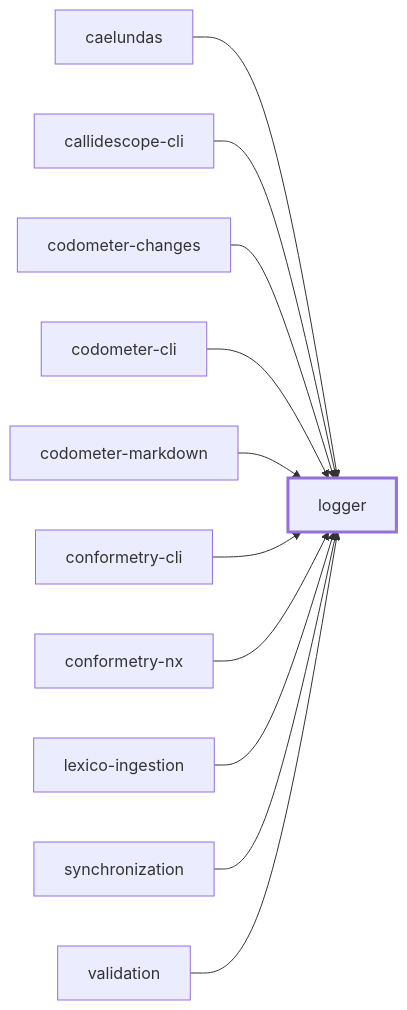
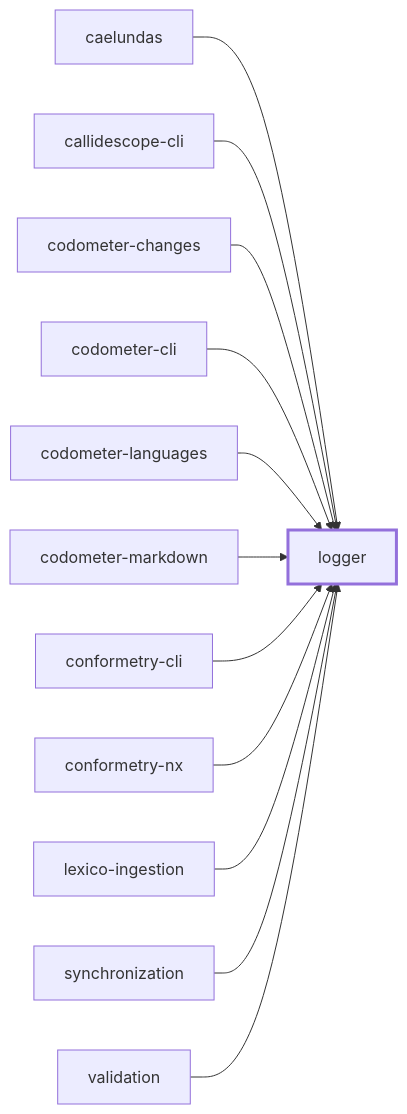
The first of 2 diagrams in packages/logger/README.md (JimmyPaolini/codebase), drawn with Mermaid before and after one commit. The commit also changed 111 other files, not shown here.

Commit message:
feat(codometer): ✨ extract codometer-languages package

````diff
--- a/packages/logger/README.md
+++ b/packages/logger/README.md
@@ -77,26 +77,28 @@
 ```mermaid
 flowchart LR
   caelundas["caelundas"]
   callidescope_cli["callidescope-cli"]
   codometer_changes["codometer-changes"]
   codometer_cli["codometer-cli"]
+  codometer_languages["codometer-languages"]
   codometer_markdown["codometer-markdown"]
   conformetry_cli["conformetry-cli"]
   conformetry_nx["conformetry-nx"]
   lexico_ingestion["lexico-ingestion"]
   logger["logger"]
   synchronization["synchronization"]
   validation["validation"]
   caelundas --> logger
   callidescope_cli --> logger
   codometer_changes --> logger
   codometer_cli --> logger
+  codometer_languages --> logger
   codometer_markdown --> logger
   conformetry_cli --> logger
   conformetry_nx --> logger
   lexico_ingestion --> logger
   synchronization --> logger
   validation --> logger
   classDef subject stroke-width:3px
   class logger subject
 ```
````
